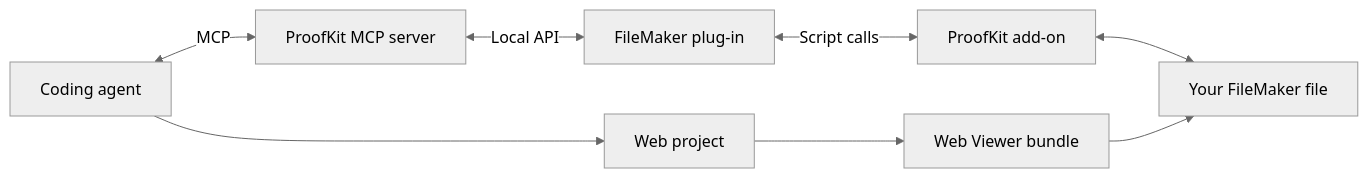
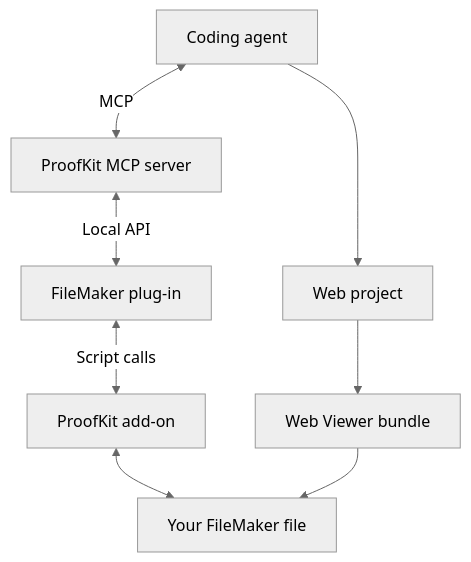
The first of 2 diagrams in apps/docs/content/docs/webviewer/architecture.mdx (proofsh/proofkit), drawn with Mermaid (neutral theme) before and after one commit. The commit also changed other lines of this file and 1 other file, not shown here.

First line of the commit message:
Fix architecture diagrams

````diff
--- a/apps/docs/content/docs/webviewer/architecture.mdx
+++ b/apps/docs/content/docs/webviewer/architecture.mdx
@@ -12,10 +12,10 @@
 ```mermaid
-flowchart LR
+flowchart TD
   agent["Coding agent"] <-->|"MCP"| mcp["ProofKit MCP server"]
   mcp <-->|"Local API"| plugin["FileMaker plug-in"]
   plugin <-->|"Script calls"| addon["ProofKit add-on"]
   addon <--> file["Your FileMaker file"]
   agent --> project["Web project"]
   project --> bundle["Web Viewer bundle"]
   bundle --> file
 ```
````
